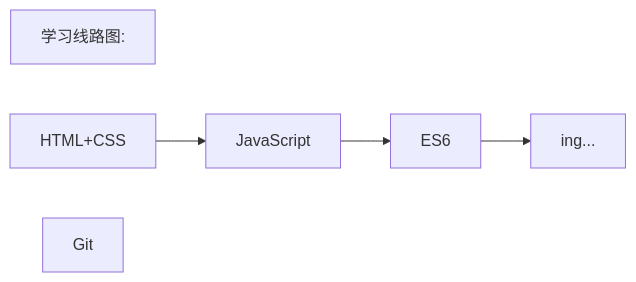
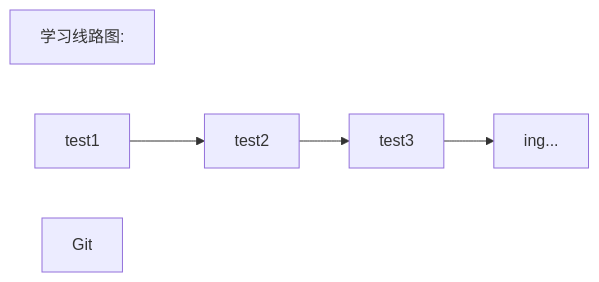
One commit to DoraeBear/note changed the diagram in README.md. Above: the diagram before and after it, drawn with Mermaid. The commit also changed other lines of this file, not shown here.

````diff
--- a/README.md
+++ b/README.md
@@ -21,6 +21,6 @@
 ```mermaid
 flowchart LR
 F[学习线路图:]
-A[HTML+CSS] --> B[JavaScript] --> C[ES6] --> D[ing...]
+A[test1] --> B[test2] --> C[test3] --> D[ing...]
 E[Git]
 ```
````
